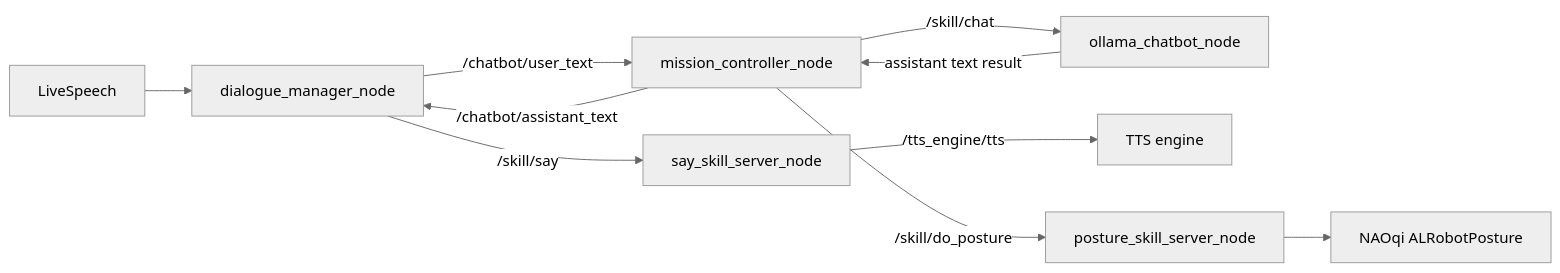
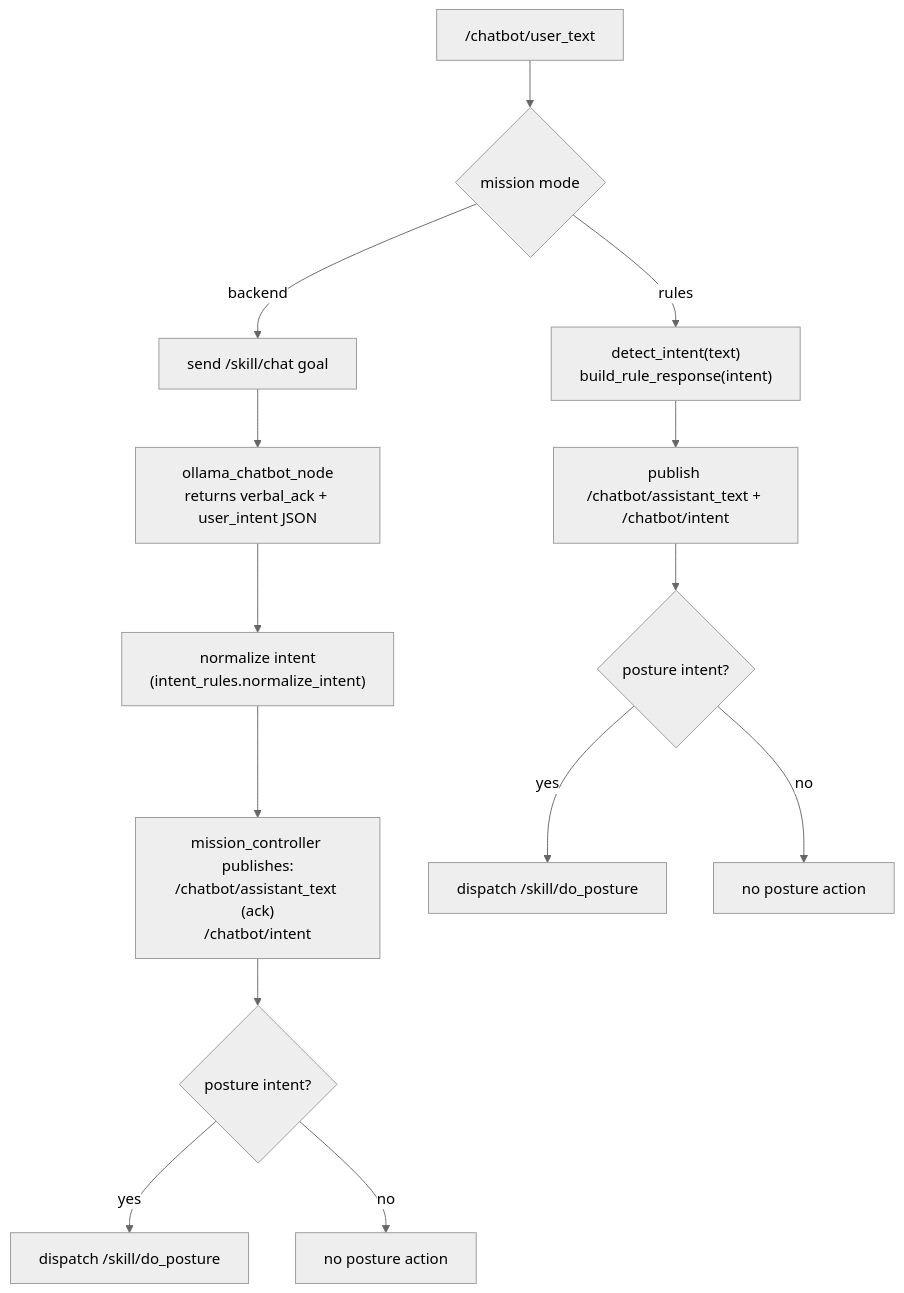
Before and after one commit to ieverythng/nao-ros4hri-bridge: the second of 2 diagrams in docs/whiteboard_migration_diagram.md, drawn with Mermaid (neutral theme). The commit also changed other lines of this file and 10 other files, not shown here.

````diff
--- a/docs/whiteboard_migration_diagram.md
+++ b/docs/whiteboard_migration_diagram.md
@@ -97,12 +99,18 @@
 ```mermaid
-flowchart LR
-    User["LiveSpeech"] --> DM["dialogue_manager_node"]
-    DM -->|/chatbot/user_text| MC["mission_controller_node"]
-    MC -->|/skill/chat| Chat["ollama_chatbot_node"]
-    Chat -->|assistant text result| MC
-    MC -->|/chatbot/assistant_text| DM
-    DM -->|/skill/say| Say["say_skill_server_node"]
-    Say -->|/tts_engine/tts| TTS["TTS engine"]
-    MC -->|/skill/do_posture| Posture["posture_skill_server_node"]
-    Posture --> NAOqi["NAOqi ALRobotPosture"]
+flowchart TD
+    A["/chatbot/user_text"] --> B{"mission mode"}
+    B -->|rules| R1["detect_intent(text)\nbuild_rule_response(intent)"]
+    B -->|backend| C1["send /skill/chat goal"]
+
+    C1 --> C2["ollama_chatbot_node\nreturns verbal_ack + user_intent JSON"]
+    C2 --> C3["normalize intent\n(intent_rules.normalize_intent)"]
+    C3 --> C4["mission_controller publishes:\n/chatbot/assistant_text (ack)\n/chatbot/intent"]
+    C4 --> C5{"posture intent?"}
+    C5 -->|yes| C6["dispatch /skill/do_posture"]
+    C5 -->|no| C7["no posture action"]
+
+    R1 --> R2["publish /chatbot/assistant_text + /chatbot/intent"]
+    R2 --> R3{"posture intent?"}
+    R3 -->|yes| R4["dispatch /skill/do_posture"]
+    R3 -->|no| R5["no posture action"]
 ```
````
